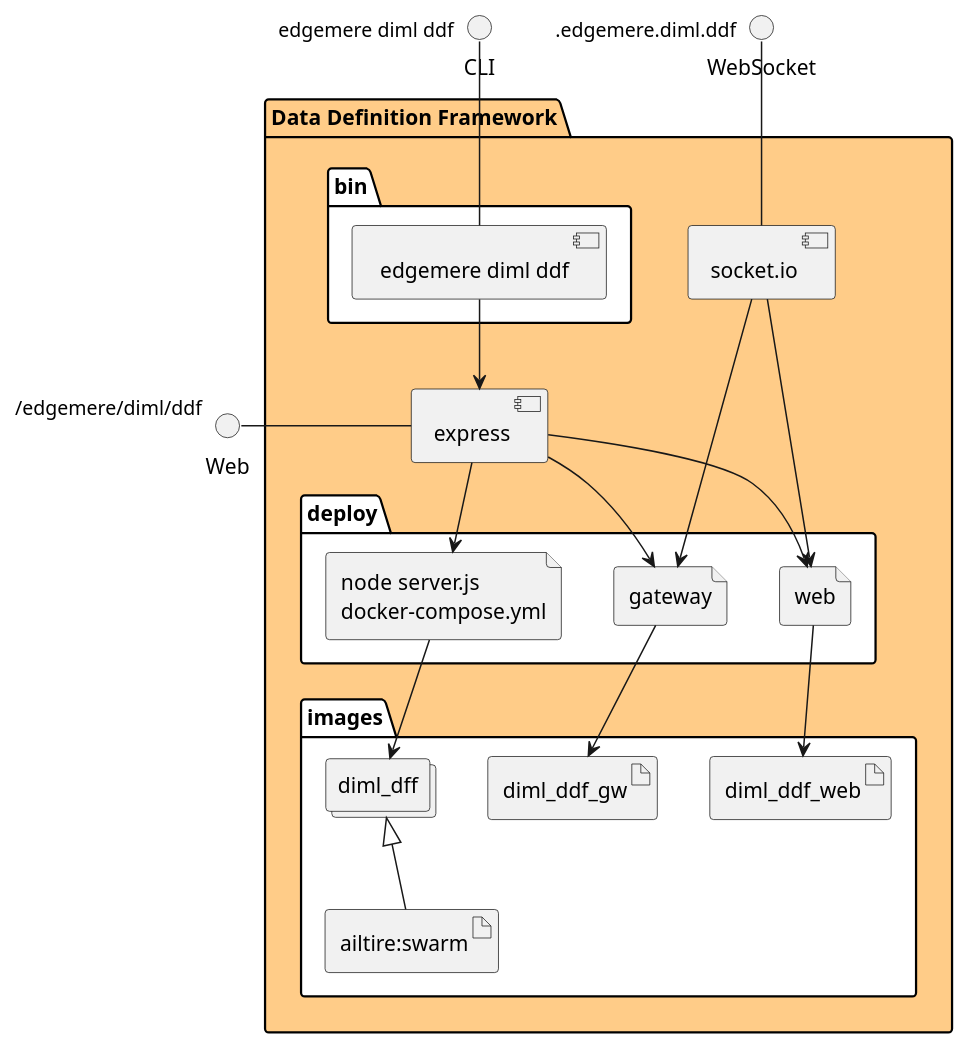
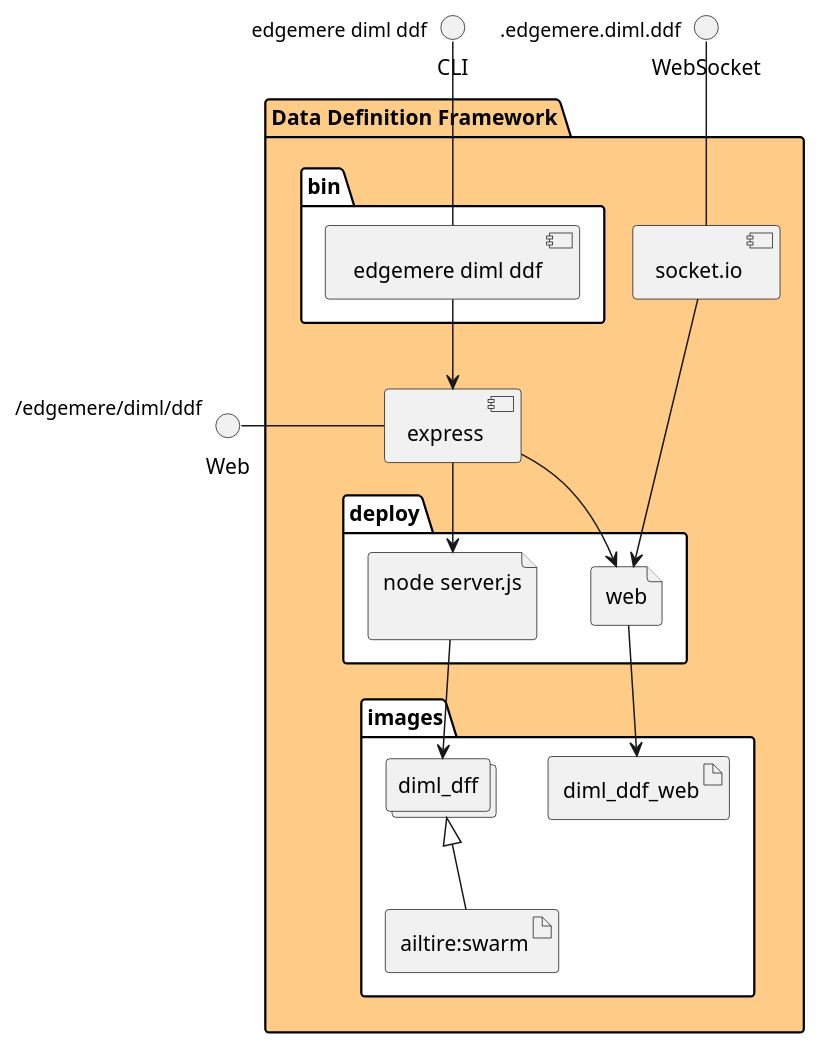
The diagram in docs/edgemere/diml/ddf/envs/dev/physical.puml (madajaju/edgemere), drawn with PlantUML before and after one commit. The commit also changed 1749 other files, not shown here.

```diff
--- a/docs/edgemere/diml/ddf/envs/dev/physical.puml
+++ b/docs/edgemere/diml/ddf/envs/dev/physical.puml
@@ -1,46 +1,39 @@
 @startuml
   interface CLI
   interface Web
   interface WebSocket
 package "Data Definition Framework" #ffcc88 {
   component express as REST
   component socket.io as socket
   folder bin #ffffff {
     component " edgemere diml ddf" as binName
   }
   binName --> REST
 
   folder deploy #ffffff {
-      file "node server.js\ndocker-compose.yml" as diml_dff_container
+      file "node server.js\n" as diml_dff_container
       REST --> diml_dff_container
 
   
     file "web" as web_container
     REST --> web_container
     socket ---> web_container
-  
-    file "gateway" as gateway_container
-    REST --> gateway_container
-    socket ---> gateway_container
   
   }
   folder images #ffffff {
     collections "diml_dff" as diml_dffimage
     artifact "ailtire:swarm" as ailtireswarm
     diml_dffimage <|-- ailtireswarm
     diml_dff_container --> diml_dffimage
 
   
       artifact "diml_ddf_web" as diml_ddf_web
       web_container --> diml_ddf_web
     
-      artifact "diml_ddf_gw" as diml_ddf_gw
-      gateway_container --> diml_ddf_gw
-    
   }
 }
 CLI " edgemere diml ddf" -- binName
 Web "/edgemere/diml/ddf" - REST
 WebSocket ".edgemere.diml.ddf" -- socket
 
 @enduml
```
